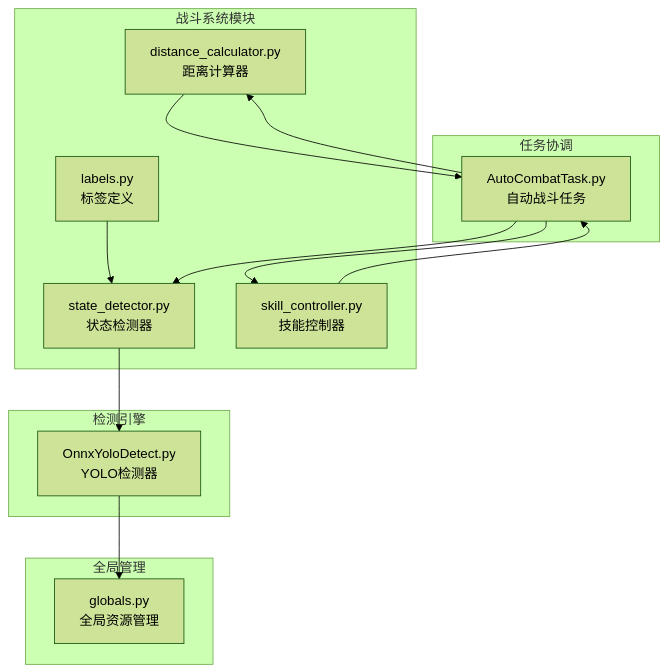
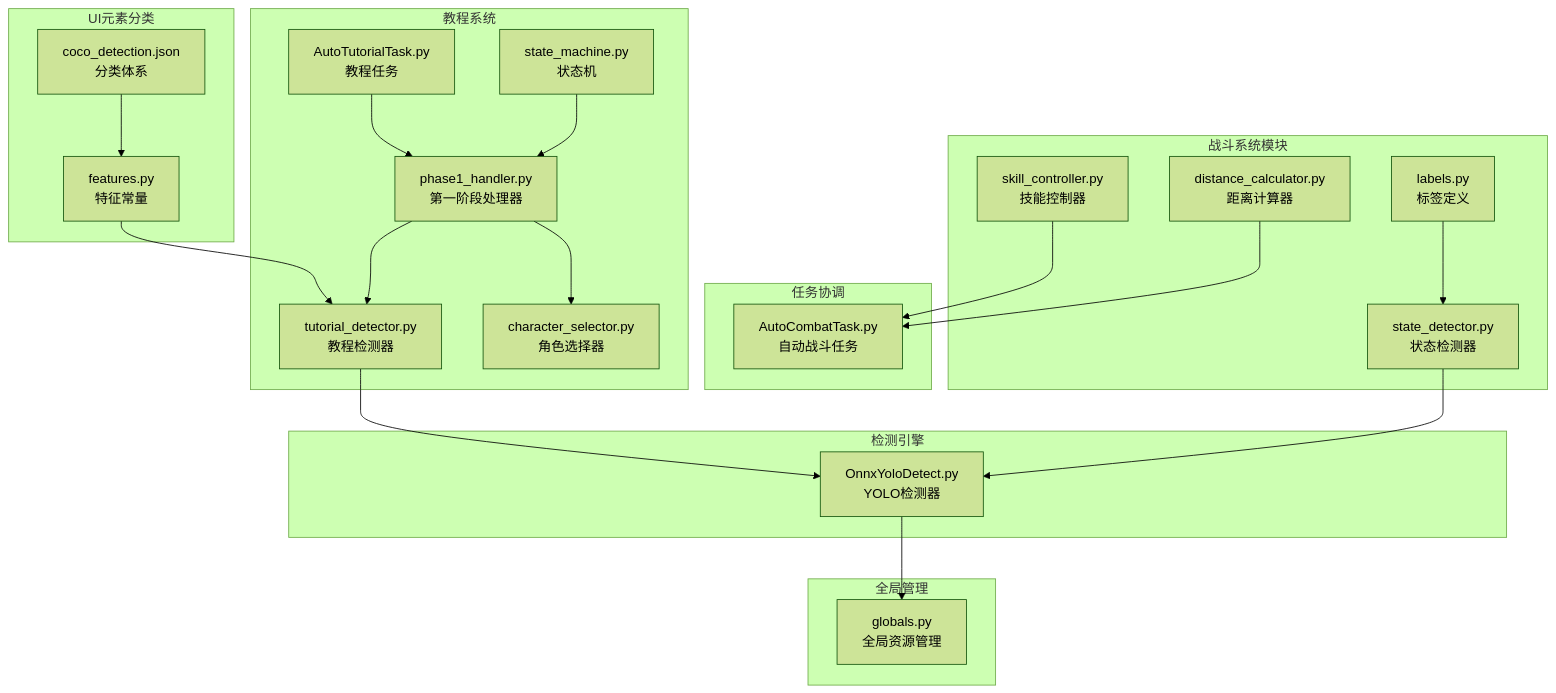
One commit to xsy098-max/ok-jump changed the first of 9 diagrams in .qoder/repowiki/zh/content/战斗系统/战斗标签系统.md. Above: the diagram before and after it, drawn with Mermaid (forest theme). The commit also changed other lines of this file and 13 other files, not shown here.

````diff
--- a/.qoder/repowiki/zh/content/战斗系统/战斗标签系统.md
+++ b/.qoder/repowiki/zh/content/战斗系统/战斗标签系统.md
@@ -41,26 +61,41 @@
 ```mermaid
 graph TB
 subgraph "战斗系统模块"
 A[labels.py<br/>标签定义]
 B[state_detector.py<br/>状态检测器]
 C[distance_calculator.py<br/>距离计算器]
 D[skill_controller.py<br/>技能控制器]
 end
 subgraph "检测引擎"
 E[OnnxYoloDetect.py<br/>YOLO检测器]
 end
 subgraph "任务协调"
 F[AutoCombatTask.py<br/>自动战斗任务]
 end
+subgraph "教程系统"
+G[tutorial_detector.py<br/>教程检测器]
+H[state_machine.py<br/>状态机]
+I[phase1_handler.py<br/>第一阶段处理器]
+J[character_selector.py<br/>角色选择器]
+K[AutoTutorialTask.py<br/>教程任务]
+end
+subgraph "UI元素分类"
+L[coco_detection.json<br/>分类体系]
+M[features.py<br/>特征常量]
+end
 subgraph "全局管理"
-G[globals.py<br/>全局资源管理]
+N[globals.py<br/>全局资源管理]
 end
 A --> B
 B --> E
 C --> F
 D --> F
-E --> G
-F --> B
-F --> C
-F --> D
+E --> N
+G --> E
+H --> I
+I --> J
+I --> G
+K --> I
+L --> M
+M --> G
 ```
````
